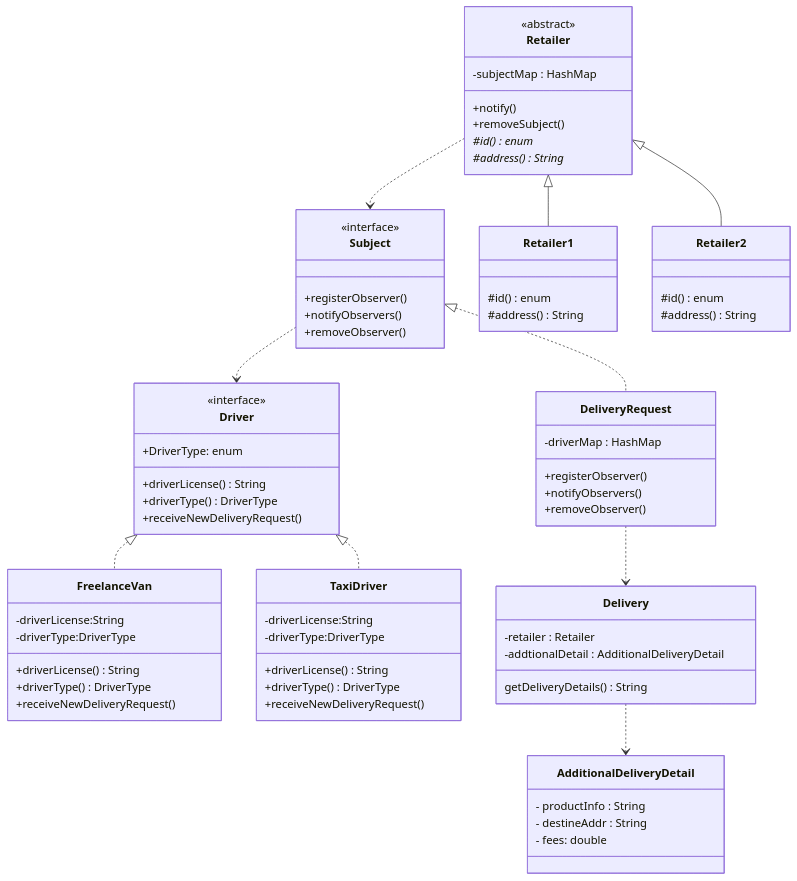
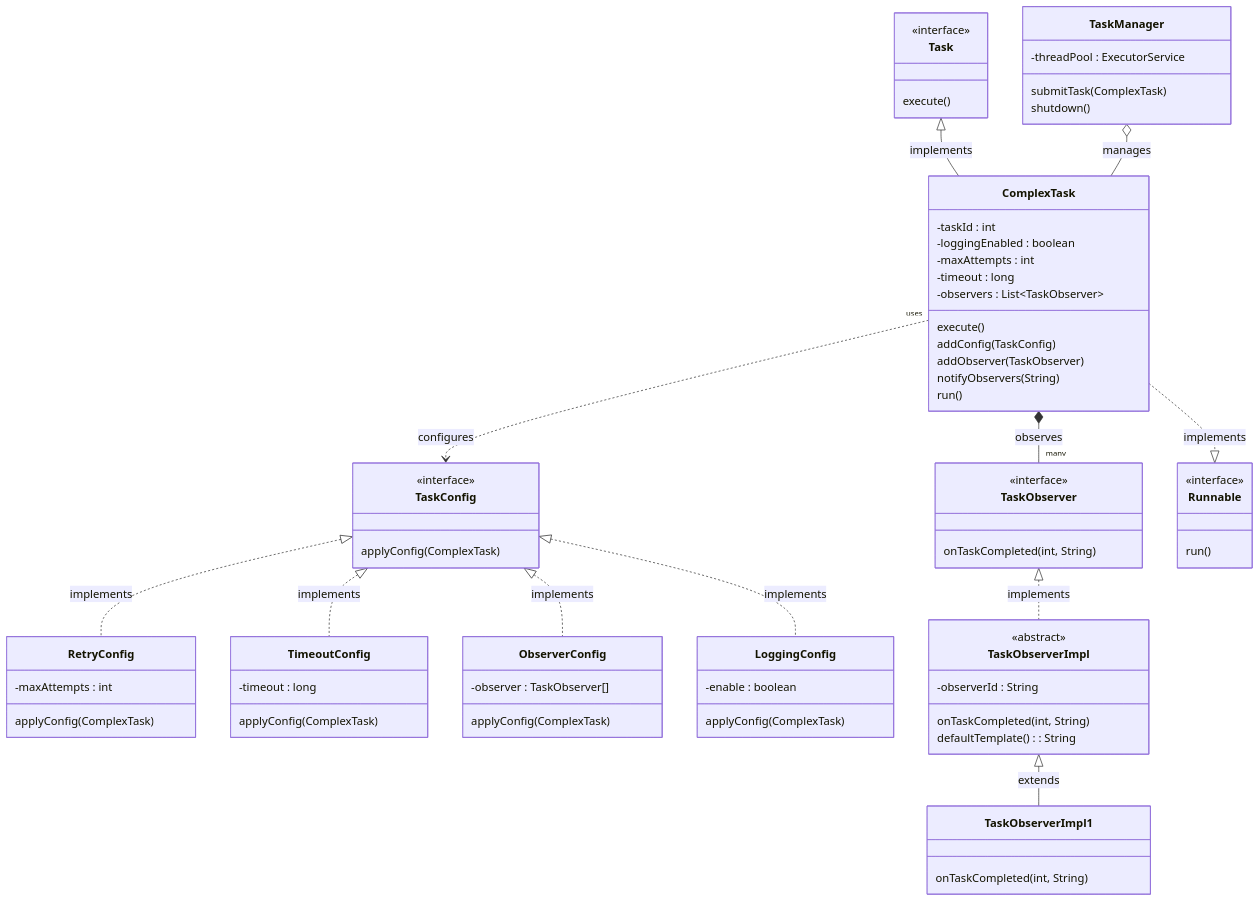
The diagram in README.md (nioliu/cs-665-final-project), drawn with Mermaid before and after one commit. The commit also changed other lines of this file and 27 other files, not shown here.

````diff
--- a/README.md
+++ b/README.md
@@ -48,87 +43,74 @@
 ```mermaid
+classDiagram
+    class Task {
+        <<interface>>
+        execute()
+    }
+    class ComplexTask {
+        -taskId : int
+        -loggingEnabled : boolean
+        -maxAttempts : int
+        -timeout : long
+        -observers : List~TaskObserver~
+        execute()
+        addConfig(TaskConfig)
+        addObserver(TaskObserver)
+        notifyObservers(String)
+        run()
+    }
+    class TaskManager {
+        -threadPool : ExecutorService
+        submitTask(ComplexTask)
+        shutdown()
+    }
+    class TaskConfig {
+        <<interface>>
+        applyConfig(ComplexTask)
+    }
+    class RetryConfig {
+        -maxAttempts : int
+        applyConfig(ComplexTask)
+    }
+    class TimeoutConfig {
+        -timeout : long
+        applyConfig(ComplexTask)
+    }
+    class ObserverConfig {
+        -observer : TaskObserver[]
+        applyConfig(ComplexTask)
+    }
+    class LoggingConfig {
+        -enable : boolean
+        applyConfig(ComplexTask)
+    }
+    class TaskObserver {
+        <<interface>>
+        onTaskCompleted(int, String)
+    }
+    class TaskObserverImpl {
+        <<abstract>>
+        -observerId : String
+        onTaskCompleted(int, String)
+        defaultTemplate() : String
+    }
+    class TaskObserverImpl1 {
+        onTaskCompleted(int, String)
+    }
+    class Runnable{
+        <<interface>>
+        run()
+    }
 
-classDiagram
+    Task <|-- ComplexTask : implements
+    ComplexTask *-- "many" TaskObserver : observes
+    TaskManager o-- ComplexTask : manages
+    TaskConfig <|.. RetryConfig : implements
+    TaskConfig <|.. TimeoutConfig : implements
+    TaskConfig <|.. ObserverConfig : implements
+    TaskConfig <|.. LoggingConfig : implements
+    TaskObserver <|.. TaskObserverImpl : implements
+    TaskObserverImpl <|-- TaskObserverImpl1 : extends
+    ComplexTask "uses" ..> TaskConfig : configures
+    ComplexTask ..|> Runnable : implements
 
-class Driver{
- <<interface>>
- +DriverType: enum
- +driverLicense() String
- +driverType() DriverType
- +receiveNewDeliveryRequest()
-}
-
-class FreelanceVan{
-    -driverLicense:String
-    -driverType:DriverType
-    +driverLicense()String
-    +driverType()DriverType
-    +receiveNewDeliveryRequest()
-}
-
-class TaxiDriver{
-    -driverLicense:String
-    -driverType:DriverType
-    +driverLicense()String
-    +driverType()DriverType
-    +receiveNewDeliveryRequest()
-}
-
-class Subject{
-    <<interface>>
-    +registerObserver()
-    +notifyObservers()
-    +removeObserver()
-}
-
-class DeliveryRequest{
-    -driverMap : HashMap
-    +registerObserver()
-    +notifyObservers()
-    +removeObserver()
-}
-
-class Retailer{
-    <<abstract>>
-    -subjectMap : HashMap
-    +notify()
-    +removeSubject()
-    #id()enum*
-    #address()String*
-}
-
-class Retailer1{
-    #id()enum
-    #address()String
-}
-
-class Retailer2{
-    #id()enum
-    #address()String
-}
-
-class Delivery{
-    -retailer : Retailer
-    -addtionalDetail : AdditionalDeliveryDetail
-    getDeliveryDetails()String
-}
-
-class AdditionalDeliveryDetail{
-    - productInfo : String
-    - destineAddr : String
-    - fees: double
-}
-
-%% implement beverage
-Driver <|..  FreelanceVan
-Driver <|..  TaxiDriver
-%% implement condiment
-Subject <|.. DeliveryRequest
-Retailer <|-- Retailer1
-Retailer <|-- Retailer2
-%% driver dependent driver
-Subject..>Driver
-%% Delivery reuqest composit AdditionalDeliveryDetail
-Delivery..>AdditionalDeliveryDetail
-DeliveryRequest..>Delivery
-Retailer..>Subject
 ```
````
